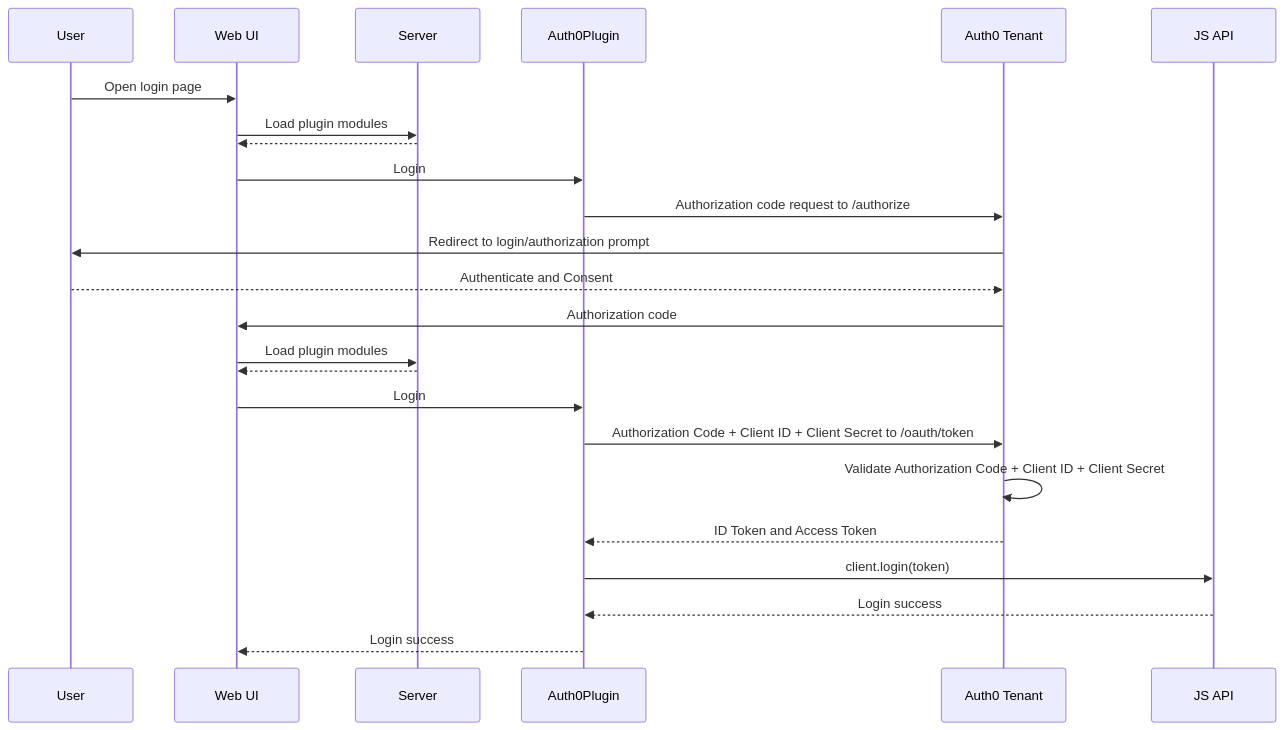
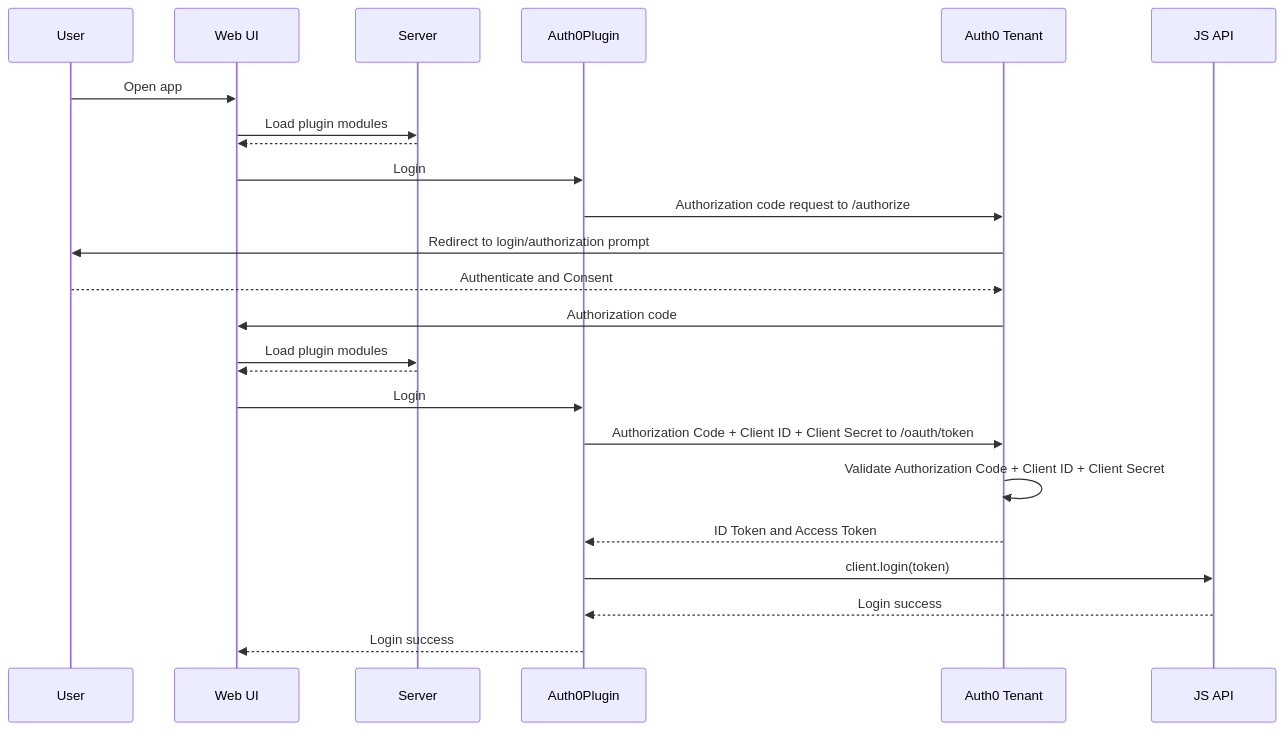
Before and after one commit to mofojed/deephaven-js-plugin-template: the fourth of 4 diagrams in README.md, drawn with Mermaid. The commit also changed other lines of this file, not shown here.

````diff
--- a/README.md
+++ b/README.md
@@ -84,26 +142,26 @@
 ```mermaid
 sequenceDiagram
   participant U as User
   participant W as Web UI
   participant S as Server
   participant P as Auth0Plugin
   participant T as Auth0 Tenant
   participant J as JS API
-  U->>W: Open login page
+  U->>W: Open app
   W->>S: Load plugin modules
   S-->>W: 
   W->>P: Login
   P->>T: Authorization code request to /authorize
   T->>U: Redirect to login/authorization prompt
   U-->>T: Authenticate and Consent
   T->>W: Authorization code
   W->>S: Load plugin modules
   S-->>W: 
   W->>P: Login
   P->>T: Authorization Code + Client ID + Client Secret to /oauth/token
   T->>T: Validate Authorization Code + Client ID + Client Secret
   T-->>P: ID Token and Access Token
   P->>J: client.login(token)
   J-->>P: Login success
   P-->>W: Login success
 ```
````
